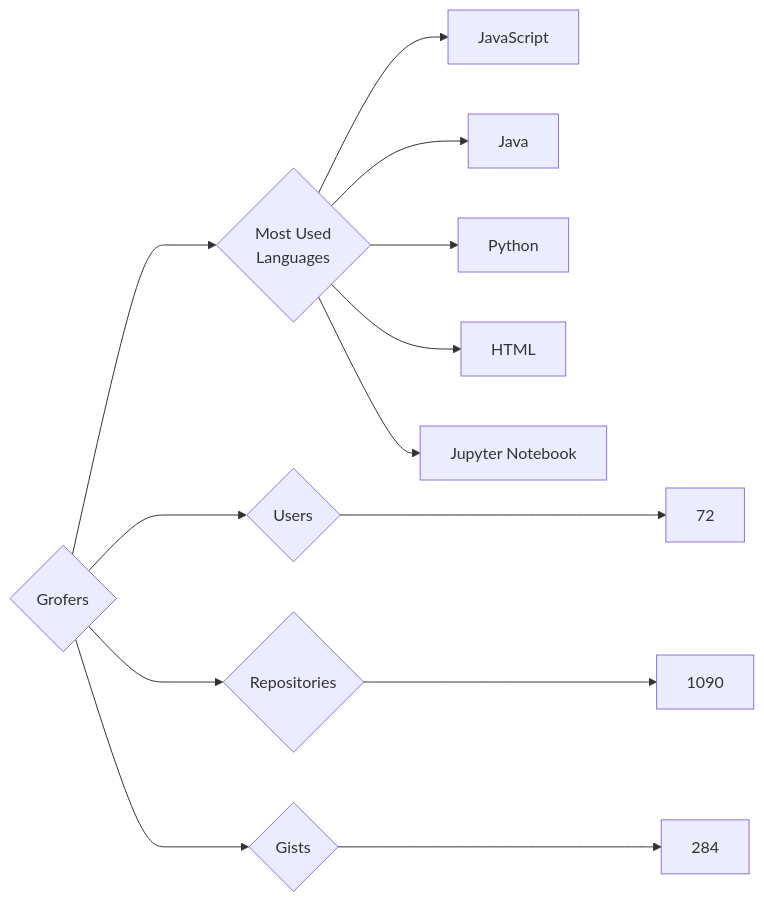
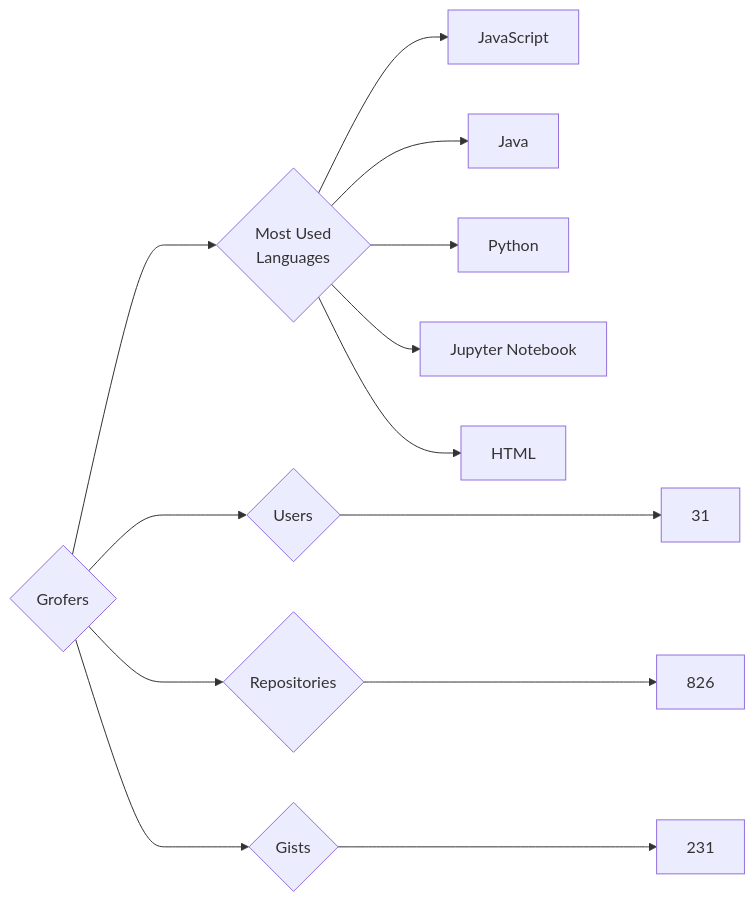
The diagram in targets/Grofers/README.md (trickest/insiders), drawn with Mermaid before and after one commit. The commit also changed 750 other files, not shown here.

````diff
--- a/targets/Grofers/README.md
+++ b/targets/Grofers/README.md
@@ -3,13 +3,13 @@
 ```mermaid
 graph LR
 COMPANY_NAME{Grofers}
-COMPANY_NAME ---> U{Users} ---> UN[72]
-COMPANY_NAME ---> R{Repositories} ---> RN[1090]
-COMPANY_NAME ---> G{Gists} ---> GN[284]
+COMPANY_NAME ---> U{Users} ---> UN[31]
+COMPANY_NAME ---> R{Repositories} ---> RN[826]
+COMPANY_NAME ---> G{Gists} ---> GN[231]
 COMPANY_NAME ---> ML{Most Used<br>Languages}
 ML --> JavaScript[JavaScript]
 ML --> Java[Java]
 ML --> Python[Python]
+ML --> Jupyter_Notebook[Jupyter Notebook]
 ML --> HTML[HTML]
-ML --> Jupyter_Notebook[Jupyter Notebook]
 ```
````
